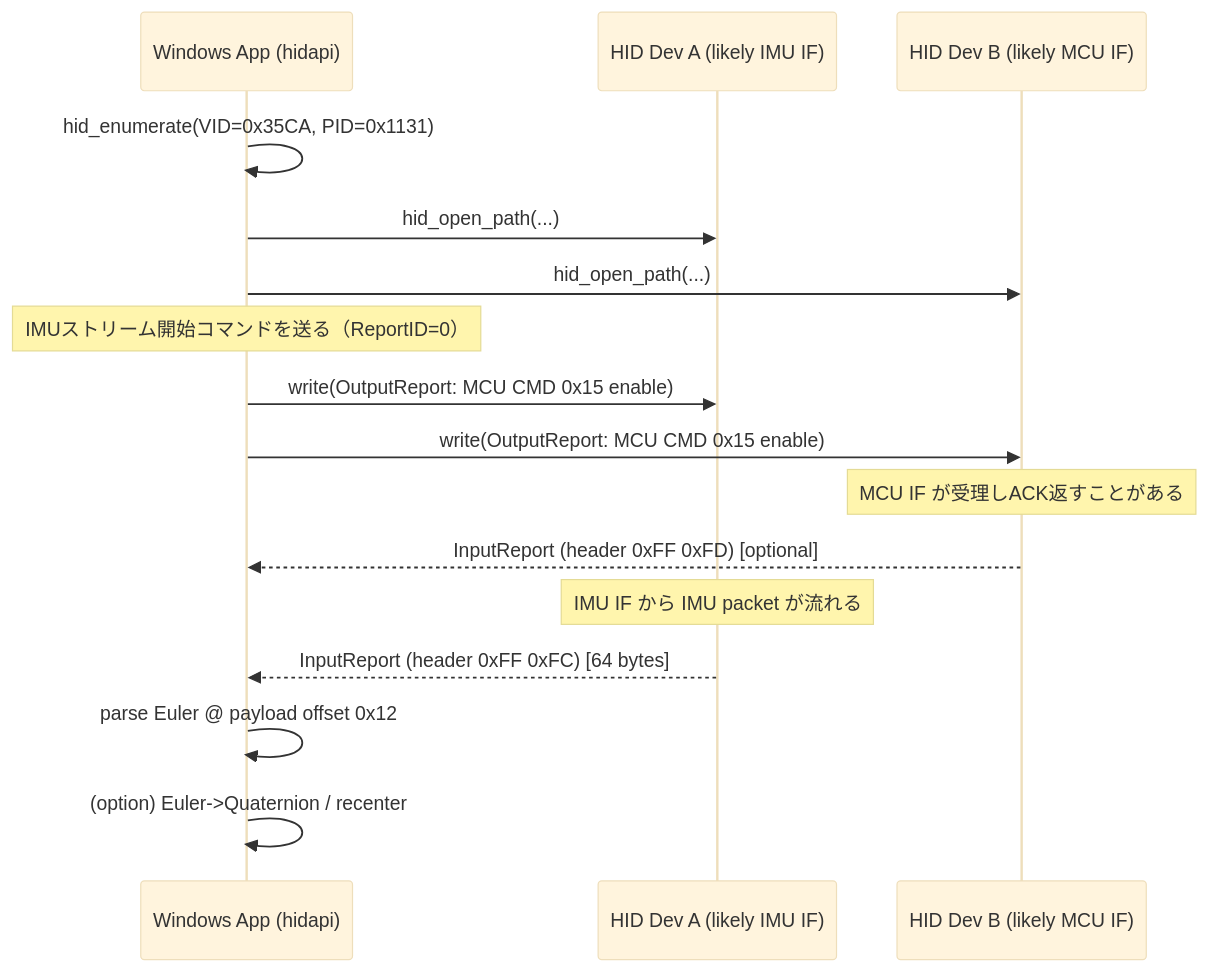
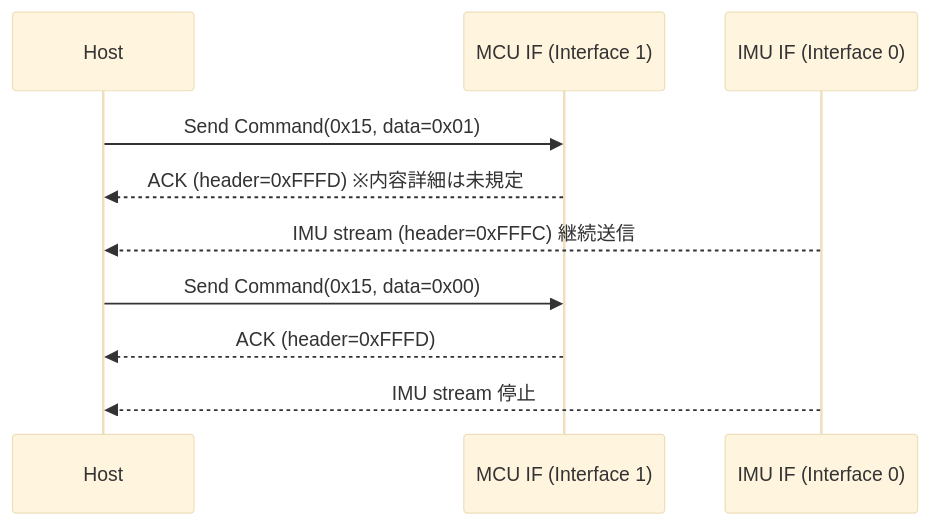
The second of 2 diagrams in docs/hid/VITURE_Luma.md (seeker3600/LandRunner), drawn with Mermaid (base theme) before and after one commit. The commit also changed other lines of this file and 2 other files, not shown here.

`````diff
--- a/docs/hid/VITURE_Luma.md
+++ b/docs/hid/VITURE_Luma.md
@@ -68,22 +121,13 @@
 ```mermaid
 sequenceDiagram
-  participant Host as Windows App (hidapi)
-  participant HID0 as HID Dev A (likely IMU IF)
-  participant HID1 as HID Dev B (likely MCU IF)
+  participant Host
+  participant MCU as MCU IF (Interface 1)
+  participant IMU as IMU IF (Interface 0)
 
-  Host->>Host: hid_enumerate(VID=0x35CA, PID=0x1131)
-  Host->>HID0: hid_open_path(...)
-  Host->>HID1: hid_open_path(...)
-
-  Note over Host: IMUストリーム開始コマンドを送る（ReportID=0）
-  Host->>HID0: write(OutputReport: MCU CMD 0x15 enable)
-  Host->>HID1: write(OutputReport: MCU CMD 0x15 enable)
-
-  Note over HID1: MCU IF が受理しACK返すことがある
-  HID1-->>Host: InputReport (header 0xFF 0xFD) [optional]
-
-  Note over HID0: IMU IF から IMU packet が流れる
-  HID0-->>Host: InputReport (header 0xFF 0xFC) [64 bytes]
-  Host->>Host: parse Euler @ payload offset 0x12
-  Host->>Host: (option) Euler->Quaternion / recenter
-````
+  Host->>MCU: Send Command(0x15, data=0x01)
+  MCU-->>Host: ACK (header=0xFFFD) ※内容詳細は未規定
+  IMU-->>Host: IMU stream (header=0xFFFC) 継続送信
+  Host->>MCU: Send Command(0x15, data=0x00)
+  MCU-->>Host: ACK (header=0xFFFD)
+  IMU-->>Host: IMU stream 停止
+```
`````
